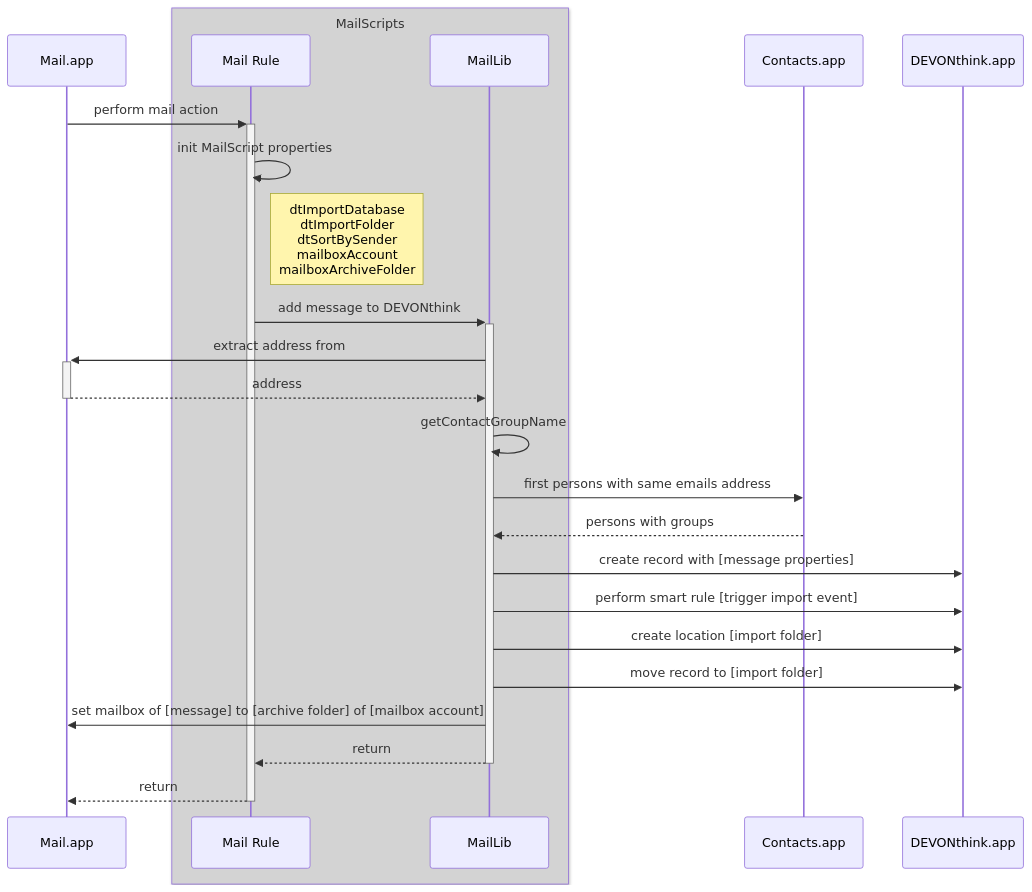
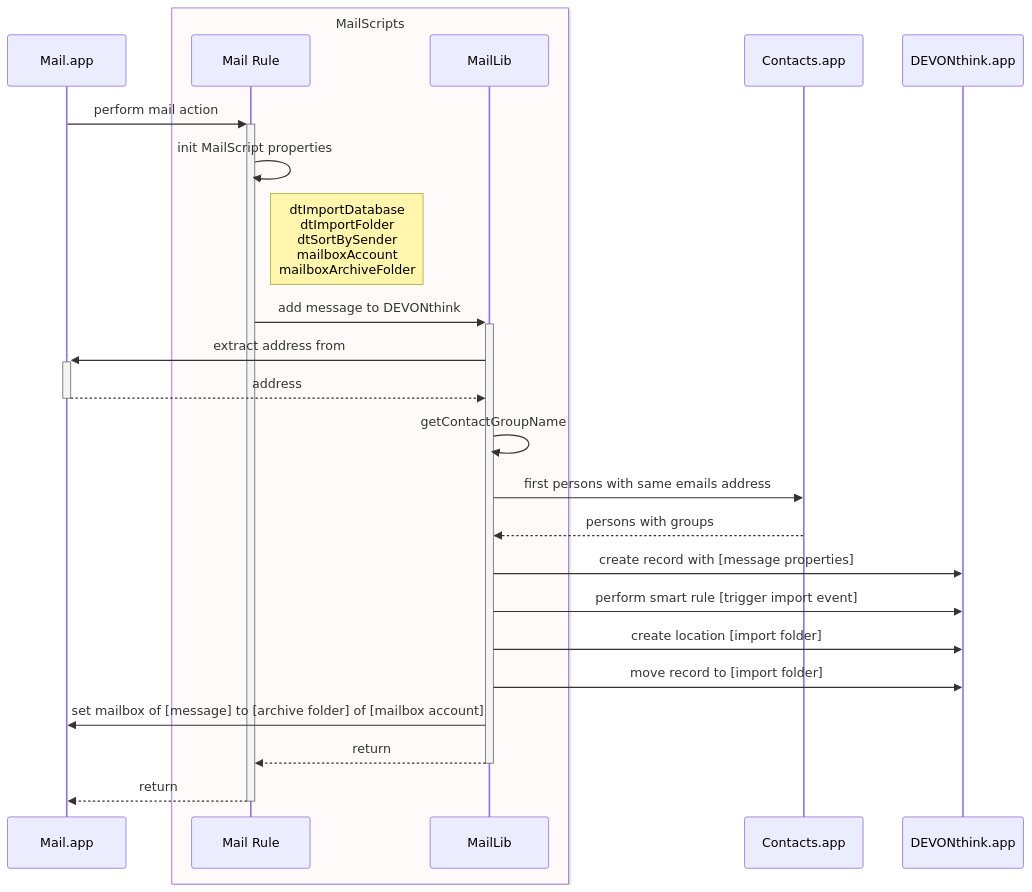
One commit to s17n/MailScripts changed the diagram in Docs/import-email-doc.md. Above: the diagram before and after it, drawn with Mermaid.

Commit message:
Some tests

````diff
--- a/Docs/import-email-doc.md
+++ b/Docs/import-email-doc.md
@@ -18,28 +18,28 @@
 ```mermaid 
 sequenceDiagram
 	participant M as Mail.app
-	box lightgray MailScripts
+	box Snow MailScripts
 	    participant MR as Mail Rule
     		participant ML as MailLib 
 	end
 	participant C as Contacts.app
     participant D as DEVONthink.app
 	
 	M->>+MR: perform mail action
 	MR->>MR: init MailScript properties
 	Note right of MR: dtImportDatabase <br/> dtImportFolder <br/> dtSortBySender <br/> mailboxAccount <br/> mailboxArchiveFolder
 	MR->>+ML: add message to DEVONthink
 	ML->>+M: extract address from
 	M-->>-ML: address
 	ML->>ML: getContactGroupName
 	ML->>C: first persons with same emails address
 	C-->>ML: persons with groups
 	ML->>D: create record with [message properties]
 	ML->>D: perform smart rule [trigger import event]
 	ML->>D: create location [import folder]
 	ML->>D: move record to [import folder]
 	ML->>M: set mailbox of [message] to [archive folder] of [mailbox account]
 	ML-->>-MR: return
 	MR-->>-M: return
 	
 ```
````
